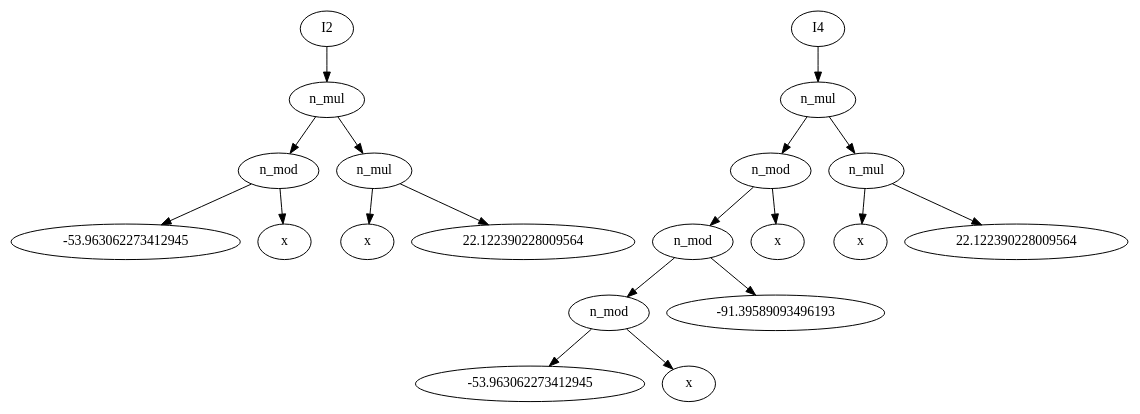
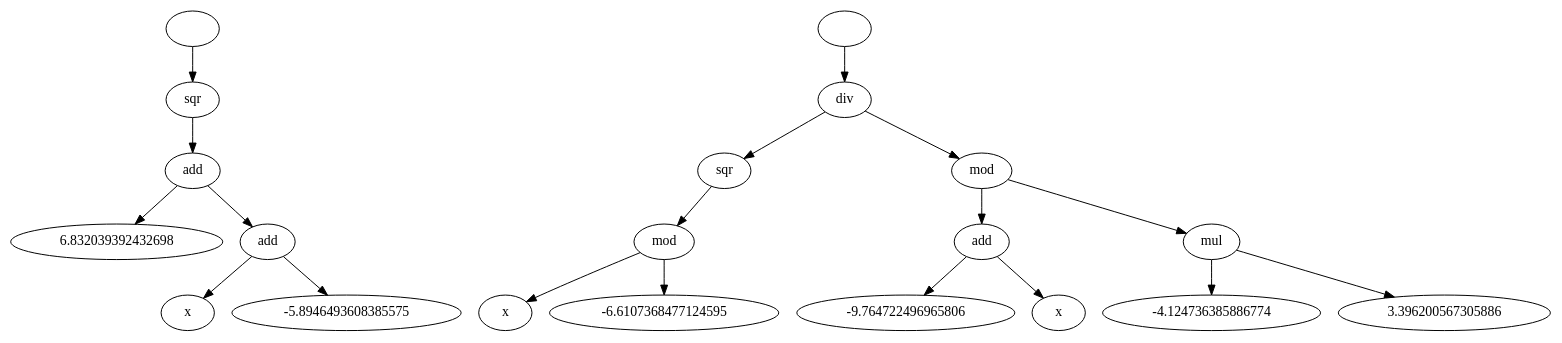
Before and after one commit to munifgebara/josilTs: the diagram in report/mates2.dot, drawn with Graphviz. The commit also changed 39 other files, not shown here.

```diff
--- a/report/mates2.dot
+++ b/report/mates2.dot
@@ -1,39 +1,39 @@
- digraph G20 {N37 [label="I2"];
-N37 -> N38;
-N38 [label="n_mul"];
-N38 -> N39;
-N39 [label="n_mod"];
-N39 -> N40;
-N40 [label="-53.963062273412945"];
-N39 -> N41;
-N41 [label="x"];
-N38 -> N42;
-N42 [label="n_mul"];
-N42 -> N43;
-N43 [label="x"];
-N42 -> N44;
-N44 [label="22.122390228009564"];
-N49 [label="I4"];
-N49 -> N187;
-N187 [label="n_mul"];
-N187 -> N194;
-N194 [label="n_mod"];
-N194 -> N223;
-N223 [label="n_mod"];
-N223 -> N226;
-N226 [label="n_mod"];
-N226 -> N229;
-N229 [label="-53.963062273412945"];
-N226 -> N230;
-N230 [label="x"];
-N223 -> N231;
-N231 [label="-91.39589093496193"];
-N194 -> N198;
-N198 [label="x"];
-N187 -> N199;
-N199 [label="n_mul"];
-N199 -> N202;
-N202 [label="x"];
-N199 -> N203;
-N203 [label="22.122390228009564"];
+ digraph G20 {N65 [label=""];
+N65 -> N74;
+N74 [label="sqr"];
+N74 -> N82;
+N82 [label="add"];
+N82 -> N91;
+N91 [label="6.832039392432698"];
+N82 -> N98;
+N98 [label="add"];
+N98 -> N107;
+N107 [label="x"];
+N98 -> N108;
+N108 [label="-5.8946493608385575"];
+N165 [label=""];
+N165 -> N174;
+N174 [label="div"];
+N174 -> N183;
+N183 [label="sqr"];
+N183 -> N191;
+N191 [label="mod"];
+N191 -> N200;
+N200 [label="x"];
+N191 -> N201;
+N201 [label="-6.6107368477124595"];
+N174 -> N202;
+N202 [label="mod"];
+N202 -> N211;
+N211 [label="add"];
+N211 -> N220;
+N220 [label="-9.764722496965806"];
+N211 -> N221;
+N221 [label="x"];
+N202 -> N222;
+N222 [label="mul"];
+N222 -> N231;
+N231 [label="-4.124736385886774"];
+N222 -> N232;
+N232 [label="3.396200567305886"];
 }
```
